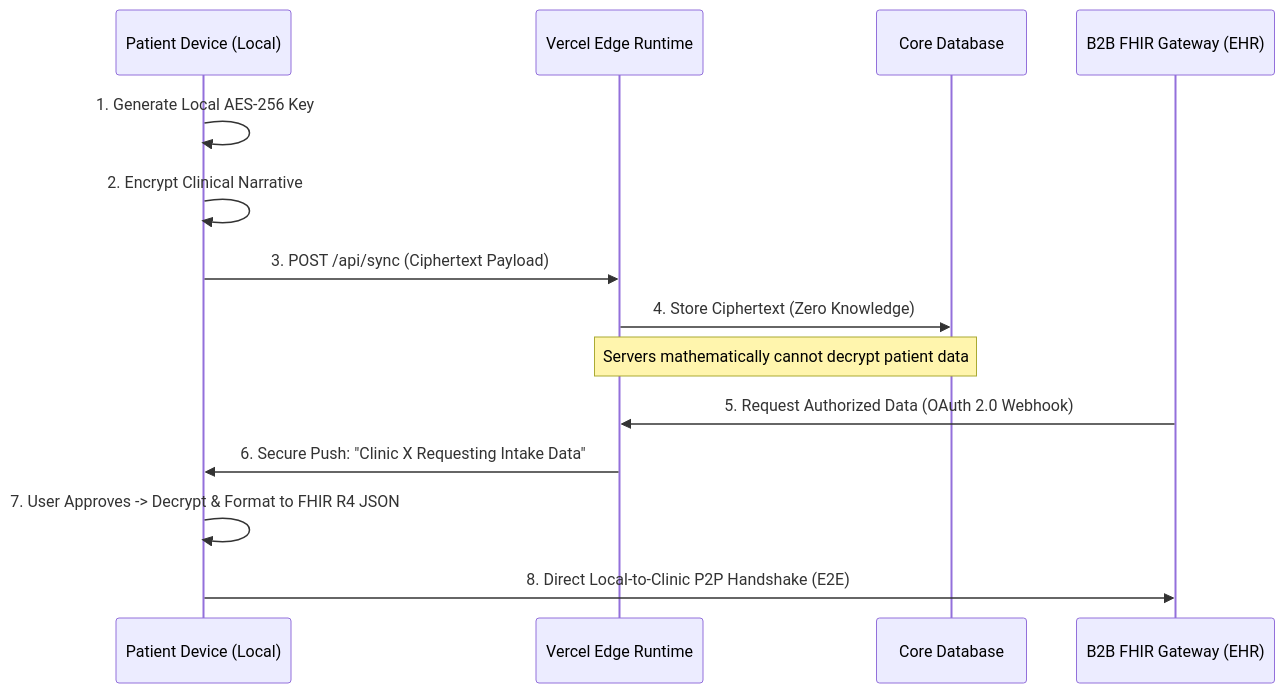
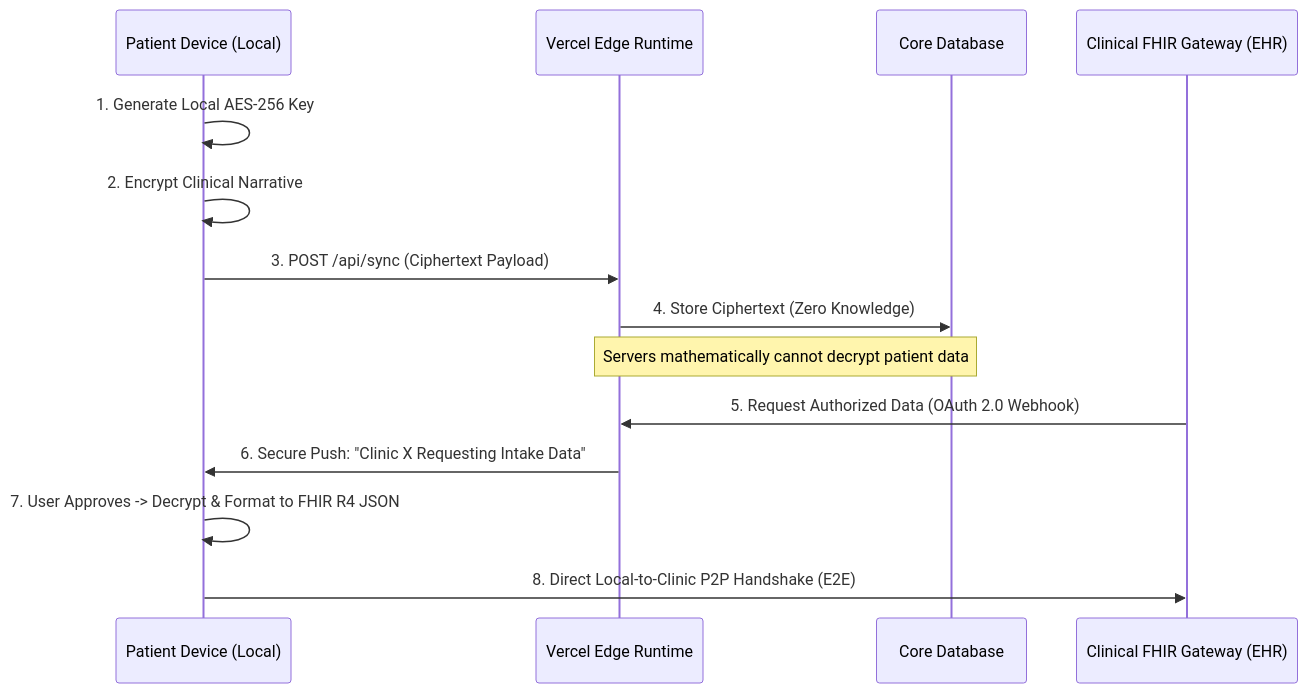
One commit to RamonRiosJr/humanos.foundation changed the diagram in README.md. Above: the diagram before and after it, drawn with Mermaid. The commit also changed other lines of this file and 8 other files, not shown here.

First line of the commit message:
Release/architect hardening (#188)

````diff
--- a/README.md
+++ b/README.md
@@ -73,18 +73,18 @@
 ```mermaid
 sequenceDiagram
     participant P as Patient Device (Local)
     participant Edge as Vercel Edge Runtime
     participant Vault as Core Database
-    participant Clinic as B2B FHIR Gateway (EHR)
+    participant Clinic as Clinical FHIR Gateway (EHR)
 
     P->>P: 1. Generate Local AES-256 Key
     P->>P: 2. Encrypt Clinical Narrative
     P->>Edge: 3. POST /api/sync (Ciphertext Payload)
     Edge->>Vault: 4. Store Ciphertext (Zero Knowledge)
     Note over Edge,Vault: Servers mathematically cannot decrypt patient data
     
     Clinic->>Edge: 5. Request Authorized Data (OAuth 2.0 Webhook)
     Edge->>P: 6. Secure Push: "Clinic X Requesting Intake Data"
     P->>P: 7. User Approves -> Decrypt & Format to FHIR R4 JSON
     P->>Clinic: 8. Direct Local-to-Clinic P2P Handshake (E2E)
 ```
````
